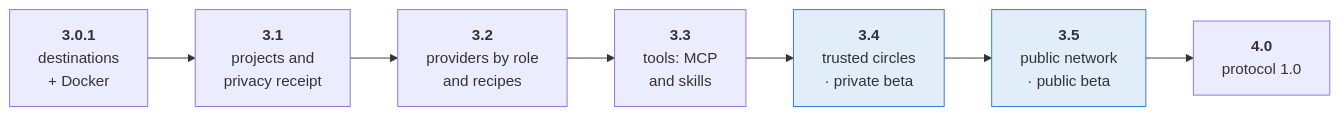
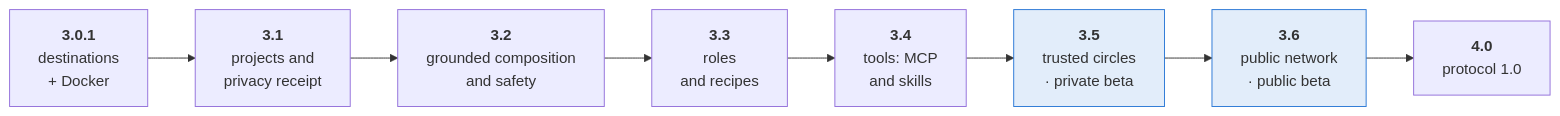
Before and after one commit to Sebastardito/SwarmblyAI: the fifth of 10 diagrams in README.md, drawn with Mermaid. The commit also changed other lines of this file and 1 other file, not shown here.

Commit message:
Roadmap: 3.2 is grounded composition and safety; roles and recipes move to 3.3, later versions one number on
Decision of 15 November 2026. 3.2 is measured on the open battery and the
sealed banks; 3.3 takes the role registry, Anthropic, the four recipes, the
fact sheet and claim verifier, the held-out set and the receipt test.

````diff
--- a/README.md
+++ b/README.md
@@ -291,11 +291,12 @@
 ```mermaid
 flowchart LR
   A["<b>3.0.1</b><br/>destinations<br/>+ Docker"] --> B["<b>3.1</b><br/>projects and<br/>privacy receipt"]
-  B --> C["<b>3.2</b><br/>providers by role<br/>and recipes"]
-  C --> D["<b>3.3</b><br/>tools: MCP<br/>and skills"]
-  D --> E["<b>3.4</b><br/>trusted circles<br/>· private beta"]
-  E --> F["<b>3.5</b><br/>public network<br/>· public beta"]
+  B --> C["<b>3.2</b><br/>grounded composition<br/>and safety"]
+  C --> C2["<b>3.3</b><br/>roles<br/>and recipes"]
+  C2 --> D["<b>3.4</b><br/>tools: MCP<br/>and skills"]
+  D --> E["<b>3.5</b><br/>trusted circles<br/>· private beta"]
+  E --> F["<b>3.6</b><br/>public network<br/>· public beta"]
   F --> G["<b>4.0</b><br/>protocol 1.0"]
   style E fill:#2a78d622,stroke:#2a78d6
   style F fill:#2a78d622,stroke:#2a78d6
 ```
````
